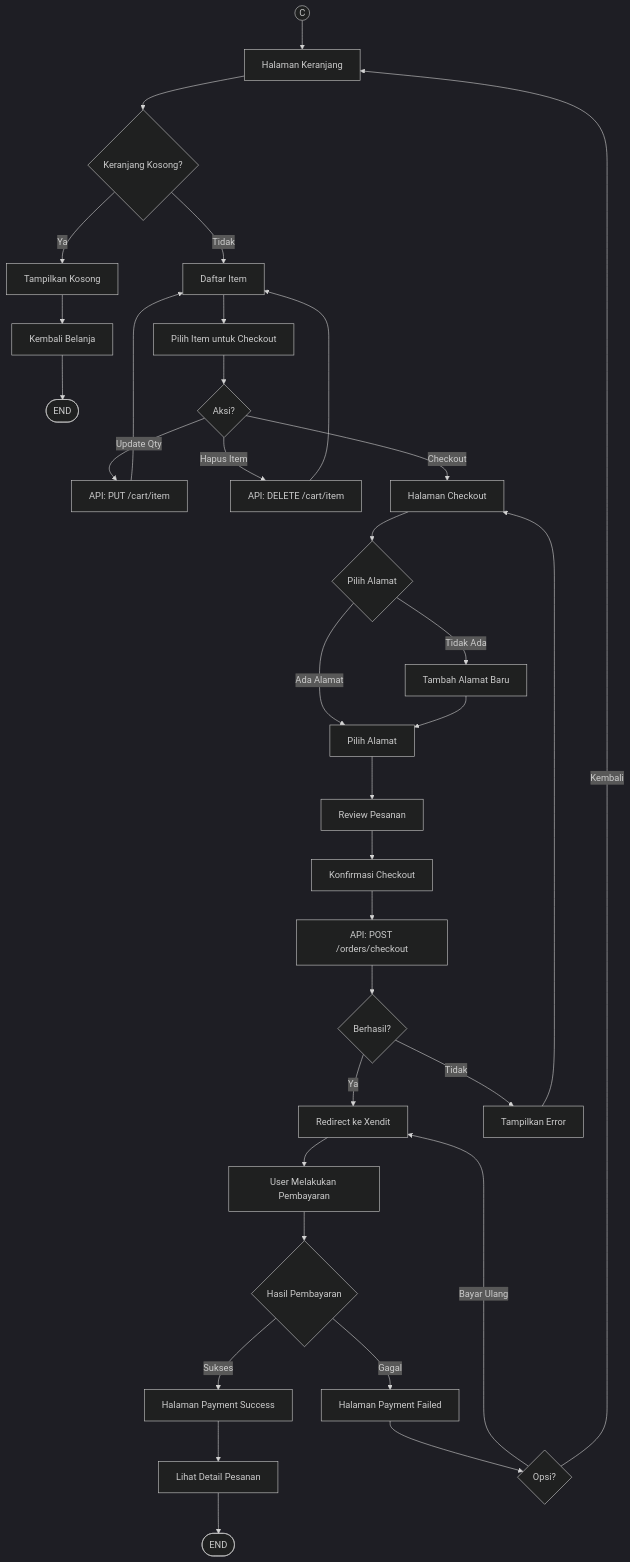
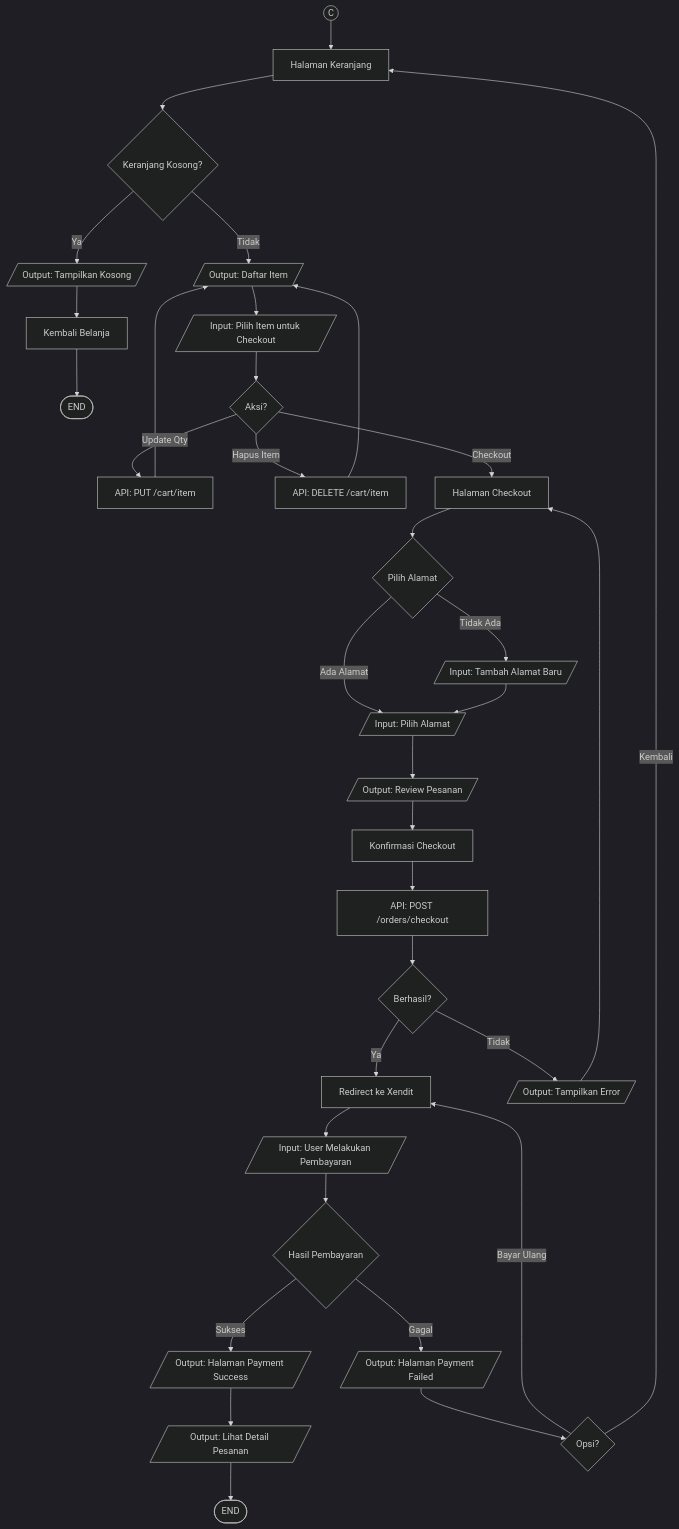
Before and after one commit to Wannzh/greeceri-store-fe: the fourth of 7 diagrams in FLOWCHART.md, drawn with Mermaid (dark theme). The commit also changed other lines of this file and 9 other files, not shown here.

Commit message:
Edit Flowchart

````diff
--- a/FLOWCHART.md
+++ b/FLOWCHART.md
@@ -155,50 +155,50 @@
 ```mermaid
 flowchart TD
     CART_START((C)) --> CART_PAGE[Halaman Keranjang]
 
     CART_PAGE --> CART_CHECK{Keranjang Kosong?}
-    CART_CHECK -->|Ya| EMPTY[Tampilkan Kosong]
-    CART_CHECK -->|Tidak| CART_LIST[Daftar Item]
+    CART_CHECK -->|Ya| EMPTY[/Output: Tampilkan Kosong/]
+    CART_CHECK -->|Tidak| CART_LIST[/Output: Daftar Item/]
 
     EMPTY --> BACK_SHOP[Kembali Belanja]
     BACK_SHOP --> END_EMPTY([END])
 
-    CART_LIST --> SELECT_ITEMS[Pilih Item untuk Checkout]
+    CART_LIST --> SELECT_ITEMS[/Input: Pilih Item untuk Checkout/]
     SELECT_ITEMS --> CART_ACTION{Aksi?}
 
     CART_ACTION -->|Update Qty| UPDATE_QTY["API: PUT /cart/item"]
     CART_ACTION -->|Hapus Item| DELETE_ITEM["API: DELETE /cart/item"]
     CART_ACTION -->|Checkout| CHECKOUT[Halaman Checkout]
 
     UPDATE_QTY --> CART_LIST
     DELETE_ITEM --> CART_LIST
 
     %% Checkout Flow
     CHECKOUT --> SELECT_ADDR{Pilih Alamat}
-    SELECT_ADDR -->|Ada Alamat| CHOOSE_ADDR[Pilih Alamat]
-    SELECT_ADDR -->|Tidak Ada| ADD_ADDR[Tambah Alamat Baru]
+    SELECT_ADDR -->|Ada Alamat| CHOOSE_ADDR[/Input: Pilih Alamat/]
+    SELECT_ADDR -->|Tidak Ada| ADD_ADDR[/Input: Tambah Alamat Baru/]
     ADD_ADDR --> CHOOSE_ADDR
 
-    CHOOSE_ADDR --> REVIEW[Review Pesanan]
+    CHOOSE_ADDR --> REVIEW[/Output: Review Pesanan/]
     REVIEW --> CONFIRM[Konfirmasi Checkout]
     CONFIRM --> ORDER_API["API: POST /orders/checkout"]
 
     ORDER_API --> ORDER_RESULT{Berhasil?}
     ORDER_RESULT -->|Ya| PAYMENT[Redirect ke Xendit]
-    ORDER_RESULT -->|Tidak| CHECKOUT_ERR[Tampilkan Error]
+    ORDER_RESULT -->|Tidak| CHECKOUT_ERR[/Output: Tampilkan Error/]
     CHECKOUT_ERR --> CHECKOUT
 
     %% Payment Flow
-    PAYMENT --> PAY_ACTION[User Melakukan Pembayaran]
+    PAYMENT --> PAY_ACTION[/Input: User Melakukan Pembayaran/]
     PAY_ACTION --> PAY_RESULT{Hasil Pembayaran}
 
-    PAY_RESULT -->|Sukses| PAY_SUCCESS[Halaman Payment Success]
-    PAY_RESULT -->|Gagal| PAY_FAIL[Halaman Payment Failed]
+    PAY_RESULT -->|Sukses| PAY_SUCCESS[/Output: Halaman Payment Success/]
+    PAY_RESULT -->|Gagal| PAY_FAIL[/Output: Halaman Payment Failed/]
 
-    PAY_SUCCESS --> ORDER_DETAIL[Lihat Detail Pesanan]
+    PAY_SUCCESS --> ORDER_DETAIL[/Output: Lihat Detail Pesanan/]
     PAY_FAIL --> PAY_OPTION{Opsi?}
     PAY_OPTION -->|Bayar Ulang| PAYMENT
     PAY_OPTION -->|Kembali| CART_PAGE
 
     ORDER_DETAIL --> END_CHECKOUT([END])
 ```
````
